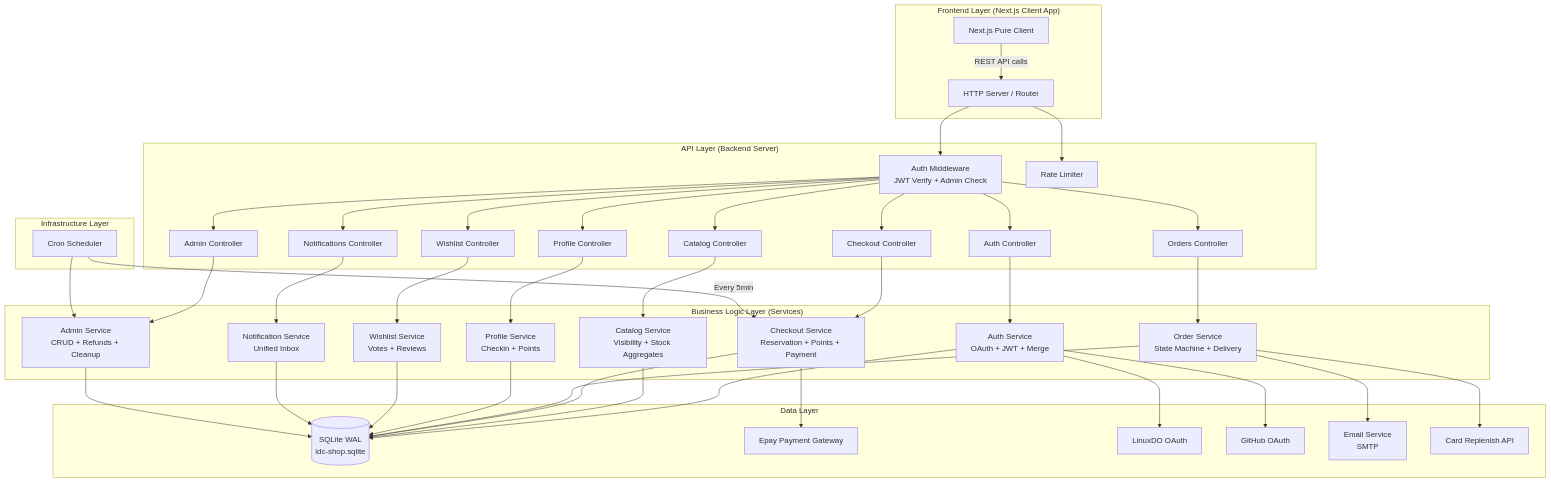
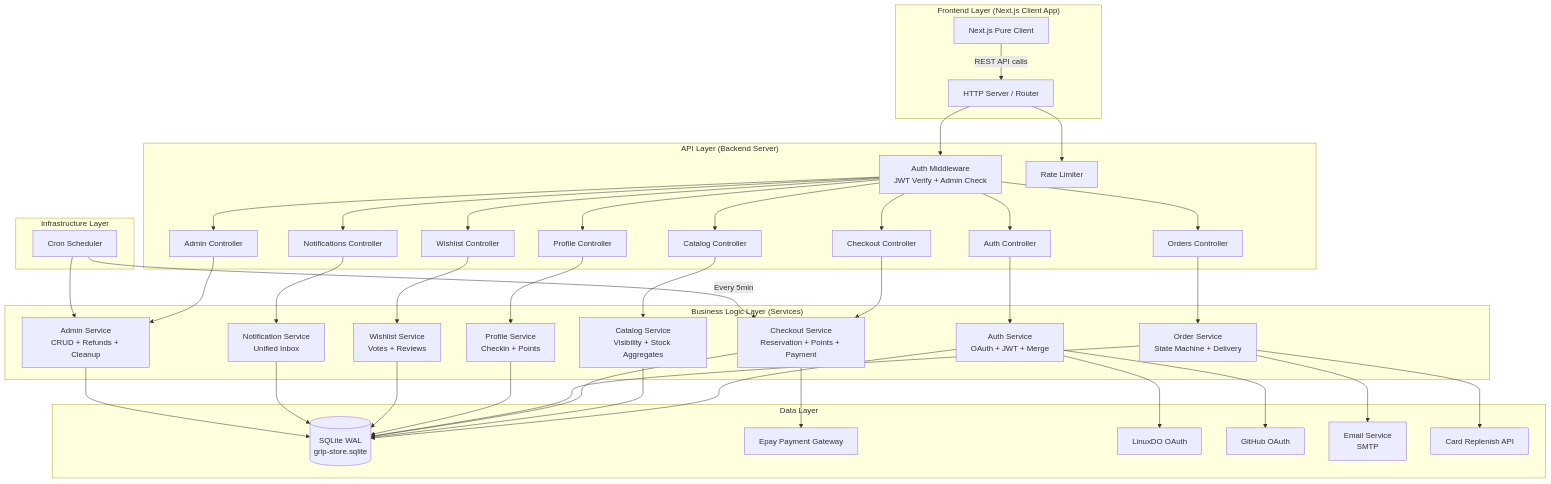
The first of 2 diagrams in docs/ways-of-work/plan/rest-migration/backend-server/implementation-plan.md (vhwg06/grip-store), drawn with Mermaid before and after one commit. The commit also changed other lines of this file and 28 other files, not shown here.

First line of the commit message:
feat: rename LDC Shop to Grip Store and update related configurations

````diff
--- a/docs/ways-of-work/plan/rest-migration/backend-server/implementation-plan.md
+++ b/docs/ways-of-work/plan/rest-migration/backend-server/implementation-plan.md
@@ -43,55 +43,55 @@
 ```mermaid
 graph TD
     subgraph "Frontend Layer (Next.js Client App)"
         FE[Next.js Pure Client]
         FE -->|REST API calls| GW
     end
 
     subgraph "API Layer (Backend Server)"
         GW[HTTP Server / Router]
         GW --> AuthMW[Auth Middleware<br/>JWT Verify + Admin Check]
         GW --> RateLimiter[Rate Limiter]
         
         AuthMW --> AuthCtrl[Auth Controller]
         AuthMW --> CatalogCtrl[Catalog Controller]
         AuthMW --> CheckoutCtrl[Checkout Controller]
         AuthMW --> OrderCtrl[Orders Controller]
         AuthMW --> ProfileCtrl[Profile Controller]
         AuthMW --> WishlistCtrl[Wishlist Controller]
         AuthMW --> NotifCtrl[Notifications Controller]
         AuthMW --> AdminCtrl[Admin Controller]
     end
 
     subgraph "Business Logic Layer (Services)"
         AuthCtrl --> AuthSvc[Auth Service<br/>OAuth + JWT + Merge]
         CatalogCtrl --> CatalogSvc[Catalog Service<br/>Visibility + Stock Aggregates]
         CheckoutCtrl --> CheckoutSvc[Checkout Service<br/>Reservation + Points + Payment]
         OrderCtrl --> OrderSvc[Order Service<br/>State Machine + Delivery]
         ProfileCtrl --> ProfileSvc[Profile Service<br/>Checkin + Points]
         WishlistCtrl --> WishlistSvc[Wishlist Service<br/>Votes + Reviews]
         NotifCtrl --> NotifSvc[Notification Service<br/>Unified Inbox]
         AdminCtrl --> AdminSvc[Admin Service<br/>CRUD + Refunds + Cleanup]
     end
 
     subgraph "Data Layer"
-        AuthSvc --> DB[(SQLite WAL<br/>ldc-shop.sqlite)]
+        AuthSvc --> DB[(SQLite WAL<br/>grip-store.sqlite)]
         CatalogSvc --> DB
         CheckoutSvc --> DB
         OrderSvc --> DB
         ProfileSvc --> DB
         WishlistSvc --> DB
         NotifSvc --> DB
         AdminSvc --> DB
         
         CheckoutSvc --> EpayGW[Epay Payment Gateway]
         AuthSvc --> LinuxDO[LinuxDO OAuth]
         AuthSvc --> GitHub[GitHub OAuth]
         OrderSvc --> EmailSvc[Email Service<br/>SMTP]
         OrderSvc --> CardAPI[Card Replenish API]
     end
 
     subgraph "Infrastructure Layer"
         Cron[Cron Scheduler] --> AdminSvc
         Cron -->|Every 5min| CheckoutSvc
     end
 ```
````
